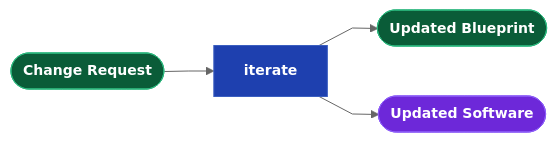
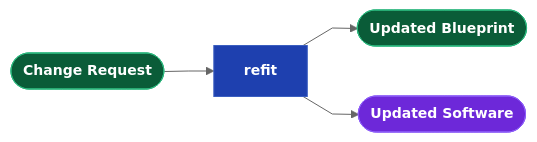
The seventh of 10 diagrams in docs/Drydock_Specification.md (webcloudstudio/Drydock), drawn with Mermaid before and after one commit. The commit also changed other lines of this file and 16 other files, not shown here.

First line of the commit message:
Rename INTENT to COMPASS and iterate command to refit

````diff
--- a/docs/Drydock_Specification.md
+++ b/docs/Drydock_Specification.md
@@ -462,14 +462,14 @@
 ```mermaid
 %%{init: {'theme': 'neutral', 'flowchart': {'curve': 'linear'}, 'themeVariables': {'fontSize': '14px'}}}%%
 flowchart LR
   classDef dir    fill:#0a5c38,stroke:#2cb67d,color:#fff,font-weight:bold
   classDef md     fill:#d4a017,stroke:#a07810,color:#111,font-weight:bold
   classDef script fill:#1e40af,stroke:#3b5fc0,color:#fff,font-weight:bold
   classDef prompt fill:#c2410c,stroke:#ea580c,color:#fff,font-weight:bold
   classDef output fill:#6d28d9,stroke:#8b5cf6,color:#fff,font-weight:bold
   classDef web    fill:#be123c,stroke:#fb7185,color:#fff,font-weight:bold
 
-  CHANGE(["Change Request"]):::dir --> ITERATE["iterate"]:::script
-  ITERATE --> SPECOUT(["Updated Blueprint"]):::dir
-  ITERATE --> SOFTWARE(["Updated Software"]):::output
+  CHANGE(["Change Request"]):::dir --> REFIT["refit"]:::script
+  REFIT --> SPECOUT(["Updated Blueprint"]):::dir
+  REFIT --> SOFTWARE(["Updated Software"]):::output
 ```
````
